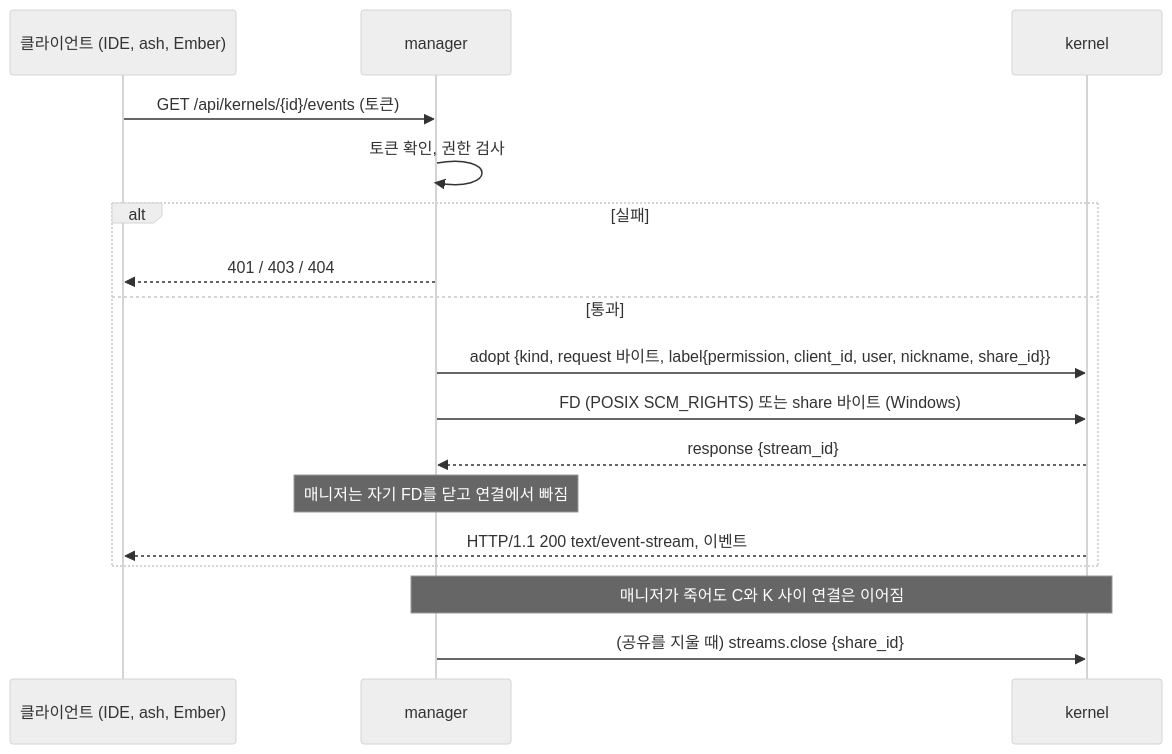
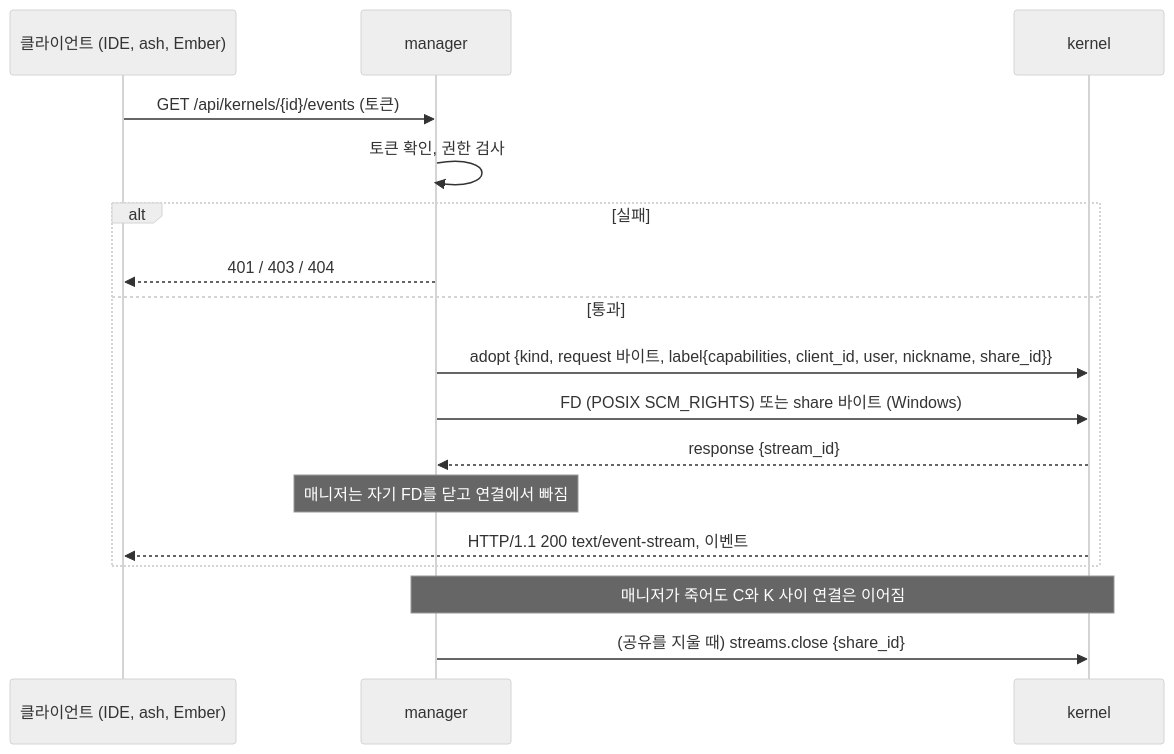
One commit to DarkPyonix/darkpyonix changed the fourth of 6 diagrams in docs/ARCHITECTURE.md. Above: the diagram before and after it, drawn with Mermaid (neutral theme). The commit also changed other lines of this file and 6 other files, not shown here.

First line of the commit message:
Docs: Replace permission tiers with five capabilities (D18, FR-A3, FR-S8, FR-S9, FR-K9)

````diff
--- a/docs/ARCHITECTURE.md
+++ b/docs/ARCHITECTURE.md
@@ -116,20 +116,20 @@
 ```mermaid
 sequenceDiagram
   participant C as 클라이언트 (IDE, ash, Ember)
   participant M as manager
   participant K as kernel
 
   C->>M: GET /api/kernels/{id}/events (토큰)
   M->>M: 토큰 확인, 권한 검사
   alt 실패
     M-->>C: 401 / 403 / 404
   else 통과
-    M->>K: adopt {kind, request 바이트, label{permission, client_id, user, nickname, share_id}}
+    M->>K: adopt {kind, request 바이트, label{capabilities, client_id, user, nickname, share_id}}
     M->>K: FD (POSIX SCM_RIGHTS) 또는 share 바이트 (Windows)
     K-->>M: response {stream_id}
     Note over M: 매니저는 자기 FD를 닫고 연결에서 빠짐
     K-->>C: HTTP/1.1 200 text/event-stream, 이벤트
   end
   Note over M,K: 매니저가 죽어도 C와 K 사이 연결은 이어짐
   M->>K: (공유를 지울 때) streams.close {share_id}
 ```
````
